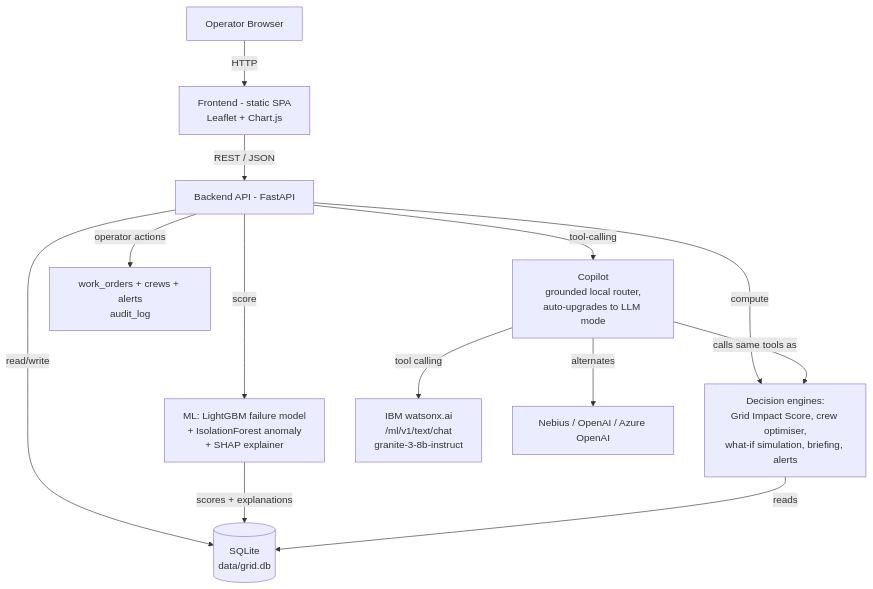
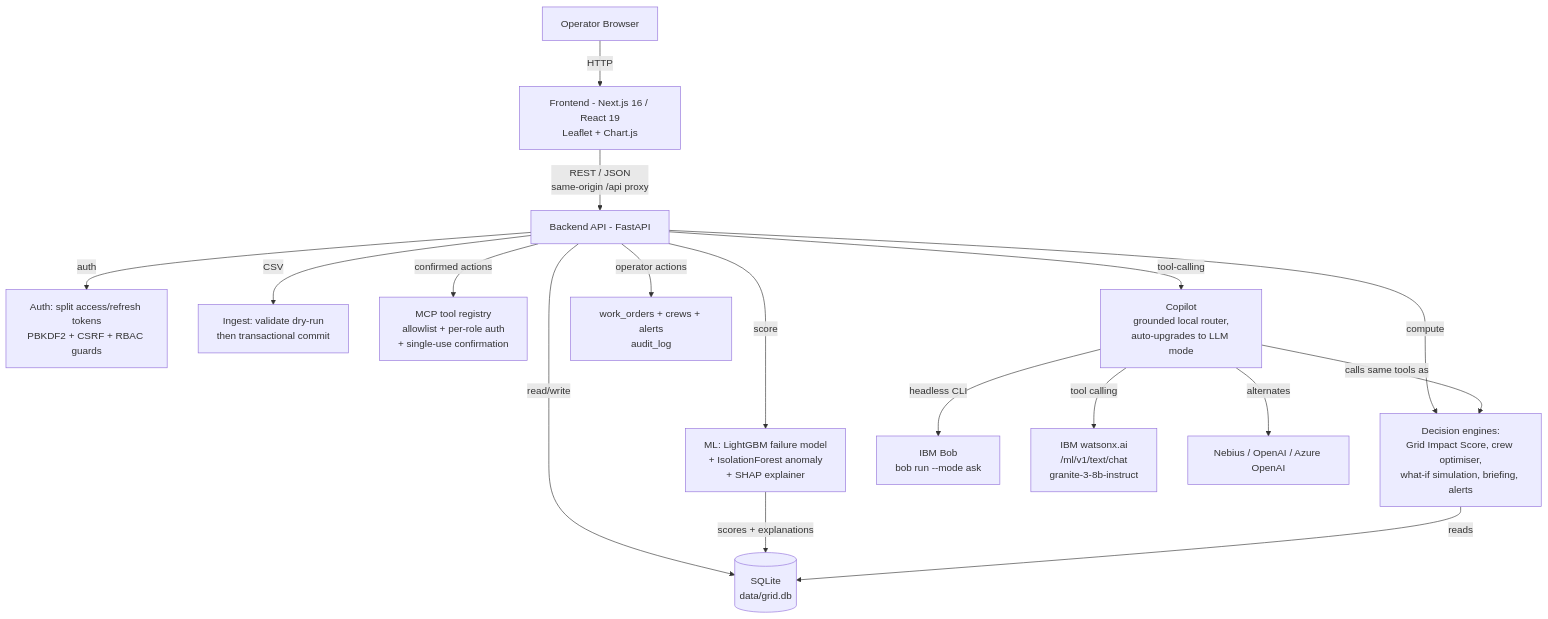
One commit to shreylakhtaria/bob-ai-hackathon-Nirmaan changed the diagram in docs/architecture.md. Above: the diagram before and after it, drawn with Mermaid. The commit also changed other lines of this file and 2 other files, not shown here.

First line of the commit message:
Docs: bring README and architecture up to date, add docs/security.md

````diff
--- a/docs/architecture.md
+++ b/docs/architecture.md
@@ -5,15 +5,19 @@
 ```mermaid
 graph TD
-    A[Operator Browser] -->|HTTP| B[Frontend - static SPA<br/>Leaflet + Chart.js]
-    B -->|REST / JSON| C[Backend API - FastAPI]
+    A[Operator Browser] -->|HTTP| B[Frontend - Next.js 16 / React 19<br/>Leaflet + Chart.js]
+    B -->|REST / JSON<br/>same-origin /api proxy| C[Backend API - FastAPI]
+    C -->|auth| AU[Auth: split access/refresh tokens<br/>PBKDF2 + CSRF + RBAC guards]
+    C -->|CSV| IN[Ingest: validate dry-run<br/>then transactional commit]
+    C -->|confirmed actions| M[MCP tool registry<br/>allowlist + per-role auth<br/>+ single-use confirmation]
     C -->|read/write| E[(SQLite<br/>data/grid.db)]
     C -->|score| D[ML: LightGBM failure model<br/>+ IsolationForest anomaly<br/>+ SHAP explainer]
     C -->|compute| G[Decision engines:<br/>Grid Impact Score, crew optimiser,<br/>what-if simulation, briefing, alerts]
     C -->|tool-calling| H[Copilot<br/>grounded local router,<br/>auto-upgrades to LLM mode]
+    H -->|headless CLI| BO[IBM Bob<br/>bob run --mode ask]
     H -->|tool calling| I[IBM watsonx.ai<br/>/ml/v1/text/chat<br/>granite-3-8b-instruct]
     H -->|alternates| J[Nebius / OpenAI / Azure OpenAI]
     C -->|operator actions| K[work_orders + crews + alerts<br/>audit_log]
     D -->|scores + explanations| E
     G -->|reads| E
     H -->|calls same tools as| G
 ```
````
